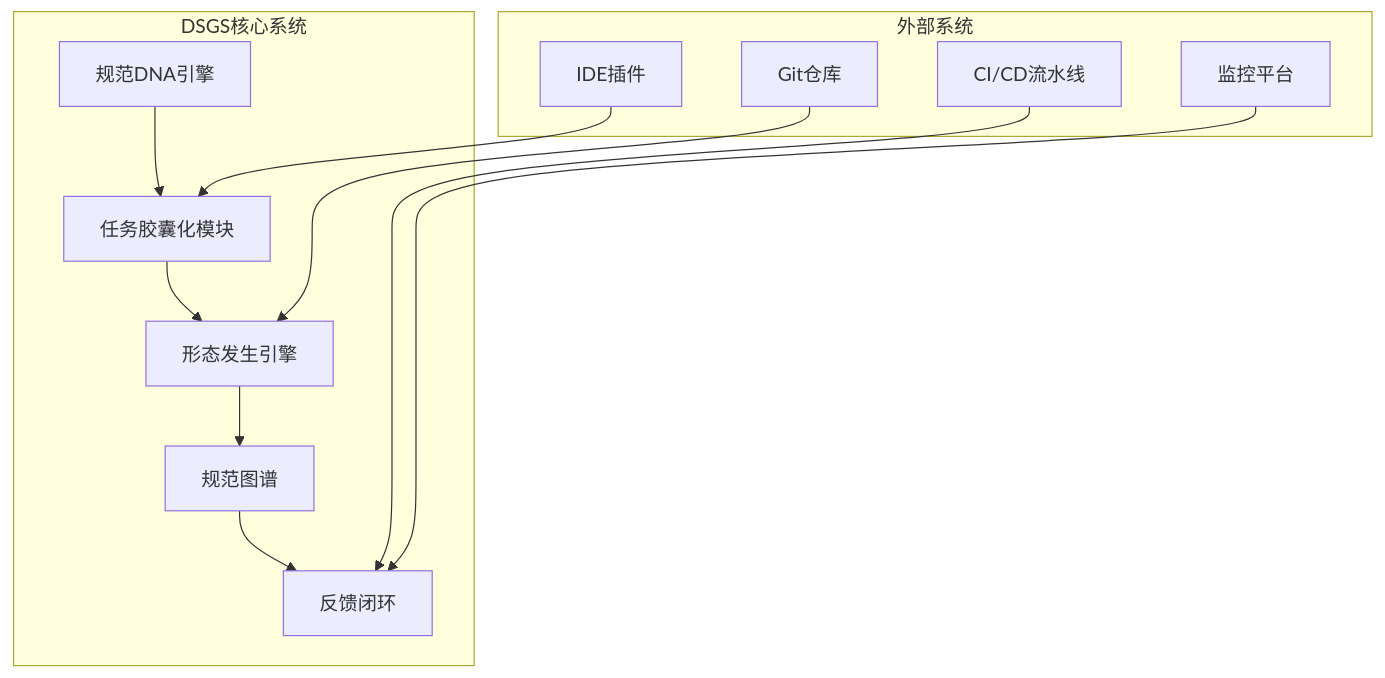
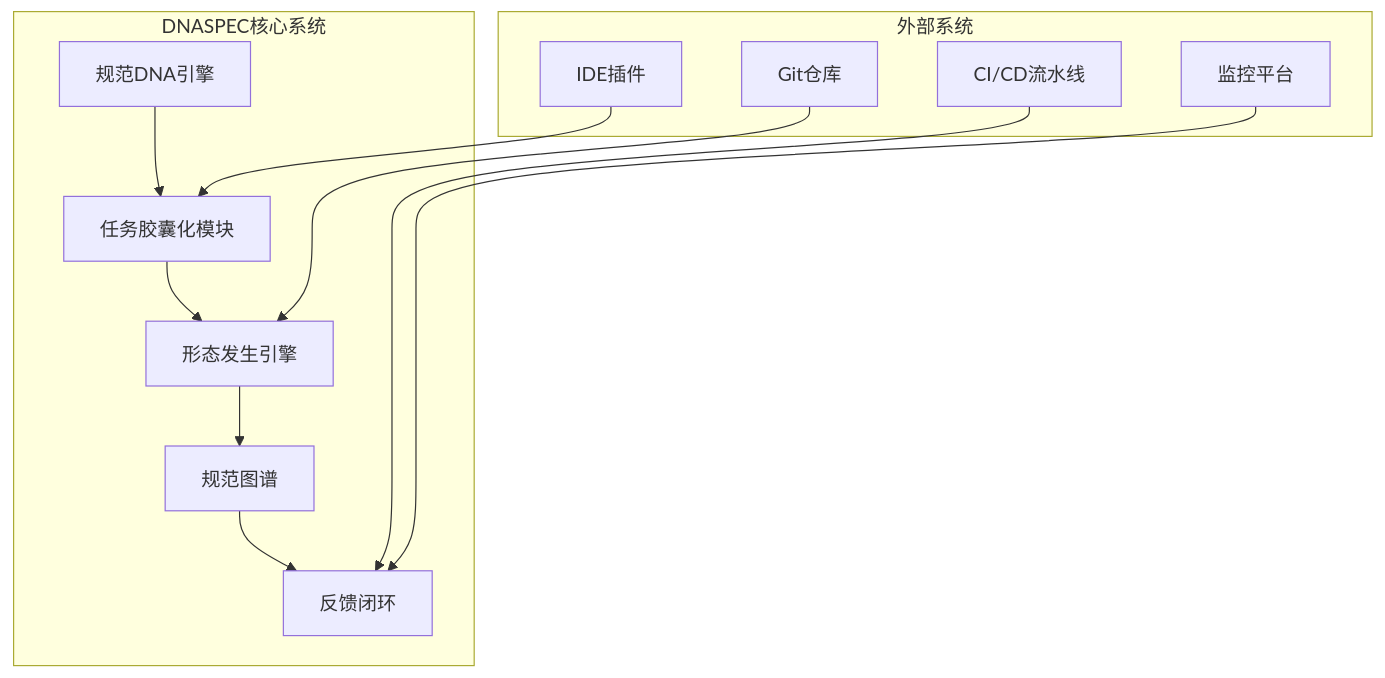
Before and after one commit to ptreezh/dnaSpec: the diagram in archive/dsgs/docs/specs/dsgs-srs.md, drawn with Mermaid. The commit also changed 549 other files, not shown here.

````diff
--- a/archive/dsgs/docs/specs/dsgs-srs.md
+++ b/archive/dsgs/docs/specs/dsgs-srs.md
@@ -29,15 +29,15 @@
 ```mermaid
 graph TB
-  subgraph DSGS核心系统
+  subgraph DNASPEC核心系统
     A[规范DNA引擎] --> B[任务胶囊化模块]
     B --> C[形态发生引擎]
     C --> D[规范图谱]
     D --> E[反馈闭环]
   end
   subgraph 外部系统
     F[IDE插件] --> B
     G[Git仓库] --> C
     H[CI/CD流水线] --> E
     I[监控平台] --> E
   end
 ```
````
